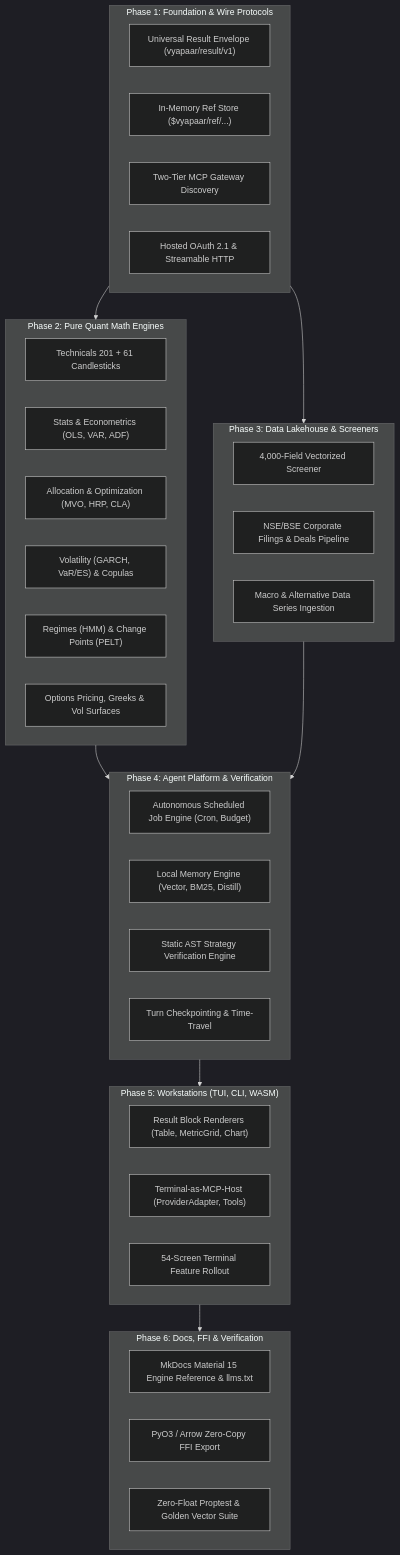
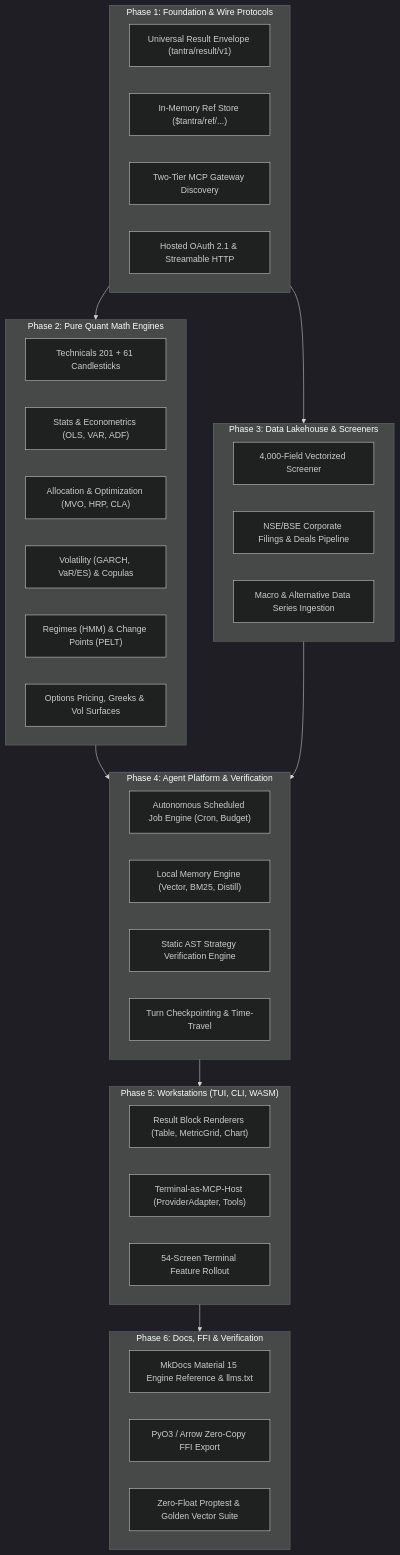
Before and after one commit to tantra-labs/tantra-labs: the diagram in docs/plans/0001-fincept-quantcepts-gap-closure-and-feature-roadmap.md, drawn with Mermaid (dark theme). The commit also changed other lines of this file and 28 other files, not shown here.

````diff
--- a/docs/plans/0001-fincept-quantcepts-gap-closure-and-feature-roadmap.md
+++ b/docs/plans/0001-fincept-quantcepts-gap-closure-and-feature-roadmap.md
@@ -398,50 +398,50 @@
 ```mermaid
 flowchart TD
     subgraph P1["Phase 1: Foundation & Wire Protocols"]
-        P1A["Universal Result Envelope (vyapaar/result/v1)"]
-        P1B["In-Memory Ref Store ($vyapaar/ref/...)"]
+        P1A["Universal Result Envelope (tantra/result/v1)"]
+        P1B["In-Memory Ref Store ($tantra/ref/...)"]
         P1C["Two-Tier MCP Gateway Discovery"]
         P1D["Hosted OAuth 2.1 & Streamable HTTP"]
     end
 
     subgraph P2["Phase 2: Pure Quant Math Engines"]
         P2A["Technicals 201 + 61 Candlesticks"]
         P2B["Stats & Econometrics (OLS, VAR, ADF)"]
         P2C["Allocation & Optimization (MVO, HRP, CLA)"]
         P2D["Volatility (GARCH, VaR/ES) & Copulas"]
         P2E["Regimes (HMM) & Change Points (PELT)"]
         P2F["Options Pricing, Greeks & Vol Surfaces"]
     end
 
     subgraph P3["Phase 3: Data Lakehouse & Screeners"]
         P3A["4,000-Field Vectorized Screener"]
         P3B["NSE/BSE Corporate Filings & Deals Pipeline"]
         P3C["Macro & Alternative Data Series Ingestion"]
     end
 
     subgraph P4["Phase 4: Agent Platform & Verification"]
         P4A["Autonomous Scheduled Job Engine (Cron, Budget)"]
         P4B["Local Memory Engine (Vector, BM25, Distill)"]
         P4C["Static AST Strategy Verification Engine"]
         P4D["Turn Checkpointing & Time-Travel"]
     end
 
     subgraph P5["Phase 5: Workstations (TUI, CLI, WASM)"]
         P5A["Result Block Renderers (Table, MetricGrid, Chart)"]
         P5B["Terminal-as-MCP-Host (ProviderAdapter, Tools)"]
         P5C["54-Screen Terminal Feature Rollout"]
     end
 
     subgraph P6["Phase 6: Docs, FFI & Verification"]
         P6A["MkDocs Material 15 Engine Reference & llms.txt"]
         P6B["PyO3 / Arrow Zero-Copy FFI Export"]
         P6C["Zero-Float Proptest & Golden Vector Suite"]
     end
 
     P1 --> P2
     P1 --> P3
     P2 --> P4
     P3 --> P4
     P4 --> P5
     P5 --> P6
 ```
````
